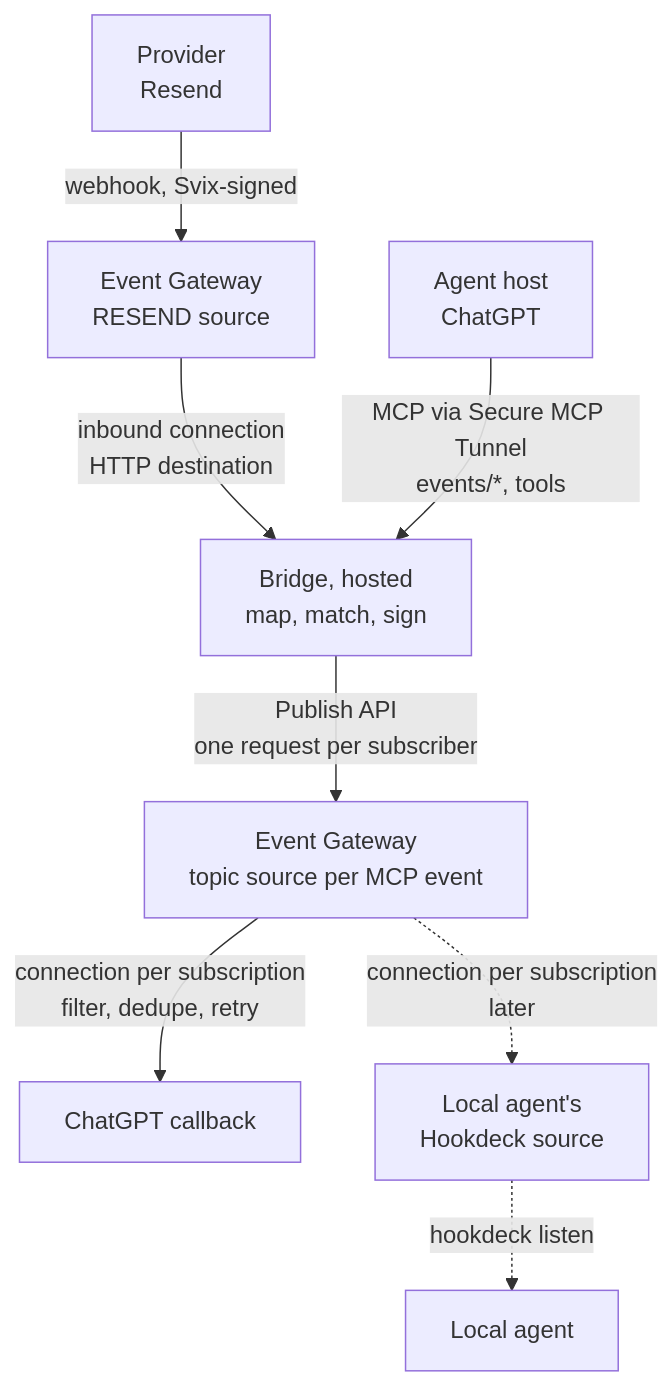
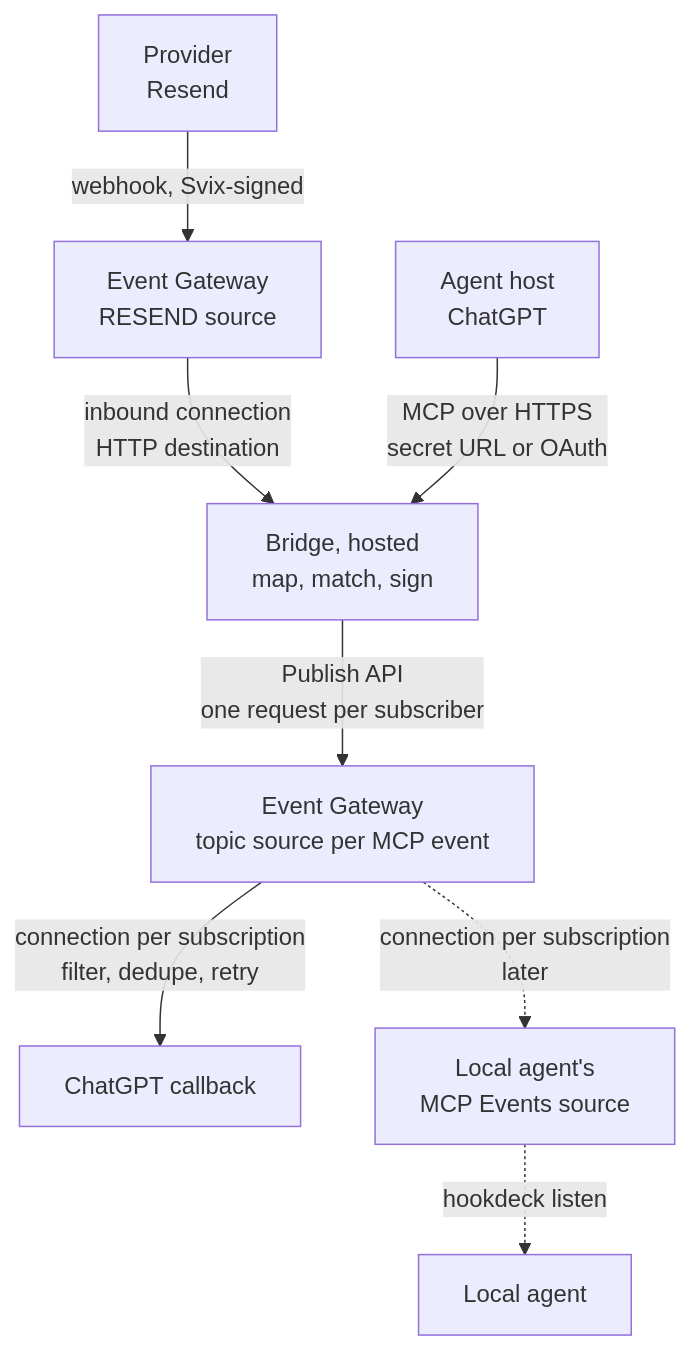
The diagram in docs/ARCHITECTURE.md (hookdeck/mcp-events-bridge), drawn with Mermaid before and after one commit. The commit also changed other lines of this file and 3 other files, not shown here.

First line of the commit message:
docs: auth tiers, Hookdeck-first local delivery, and a renumbered plan

````diff
--- a/docs/ARCHITECTURE.md
+++ b/docs/ARCHITECTURE.md
@@ -36,10 +38,10 @@
 ```mermaid
 flowchart TB
     P["Provider<br>Resend"] -- "webhook, Svix-signed" --> SRC["Event Gateway<br>RESEND source"]
     SRC -- "inbound connection<br>HTTP destination" --> B["Bridge, hosted<br>map, match, sign"]
     B -- "Publish API<br>one request per subscriber" --> T["Event Gateway<br>topic source per MCP event"]
     T -- "connection per subscription<br>filter, dedupe, retry" --> CG["ChatGPT callback"]
-    T -. "connection per subscription<br>later" .-> HS["Local agent's<br>Hookdeck source"]
+    T -. "connection per subscription<br>later" .-> HS["Local agent's<br>MCP Events source"]
     HS -. "hookdeck listen" .-> LA["Local agent"]
-    AG["Agent host<br>ChatGPT"] -- "MCP via Secure MCP Tunnel<br>events/*, tools" --> B
+    AG["Agent host<br>ChatGPT"] -- "MCP over HTTPS<br>secret URL or OAuth" --> B
 ```
````
